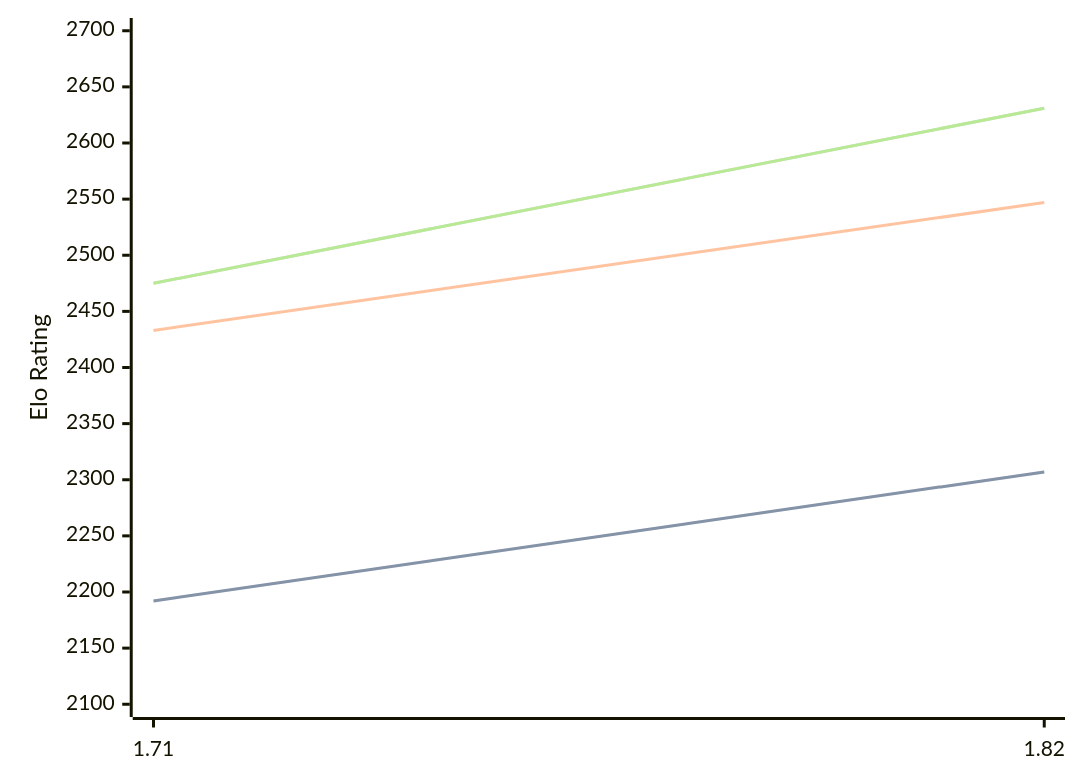
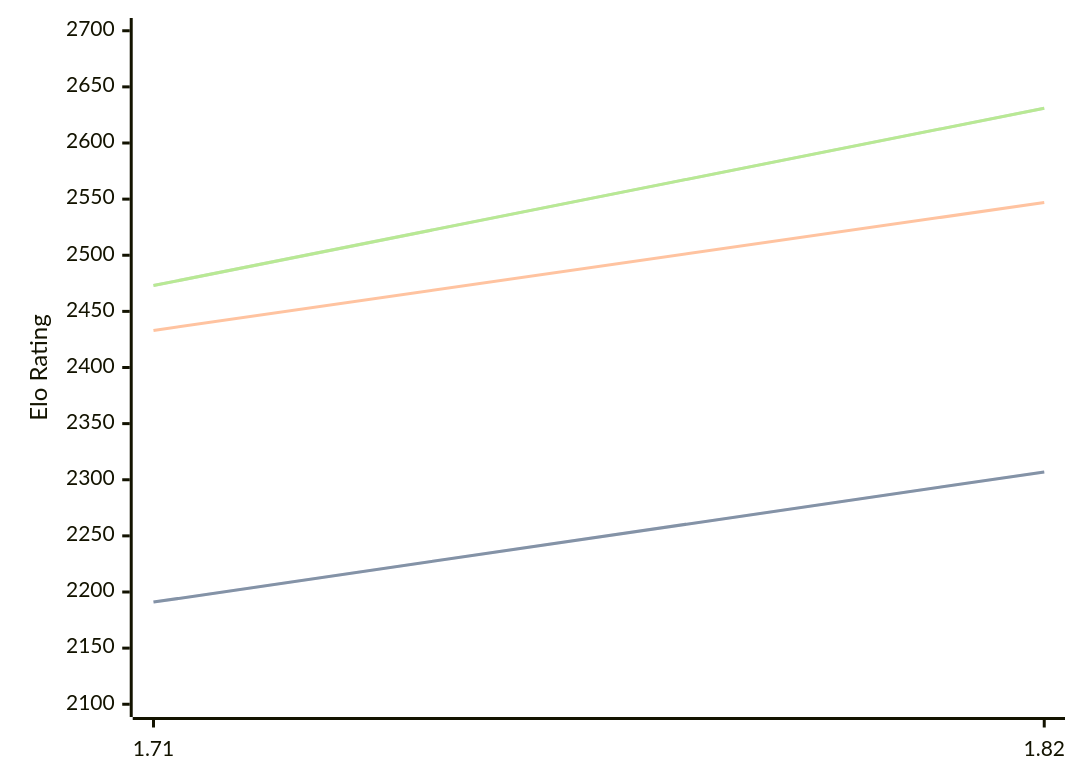
The diagram in engines/Amira.md (computer-chess-index/cci), drawn with Mermaid before and after one commit. The commit also changed other lines of this file, not shown here.

Commit message:
Update CCI Ratings (ELO VLTC) - 2026-10-01

````diff
--- a/engines/Amira.md
+++ b/engines/Amira.md
@@ -32,11 +32,11 @@
 ```mermaid
 %%{init: {"theme":"base","themeVariables":{"seriesColors:['#a3a3a3','#222221','#faa371']}}}%%
 xychart-beta
   x-axis ["1.71", "1.82"]
   y-axis "Elo Rating" 2100 --> 2700
-  line "" [2192, 2307]
-  line "STC (8.0+0.08s)" [2192, 2307]
+  line "" [2191, 2307]
+  line "STC (8.0+0.08s)" [2191, 2307]
   line "LTC (60.0+0.60s)" [2433, 2547]
-  line "" [2475, 2631]
-  line "VLTC (2m24s+1.12s)" [2475, 2631]
+  line "" [2473, 2631]
+  line "VLTC (2m24s+1.12s)" [2473, 2631]
 ```
````
